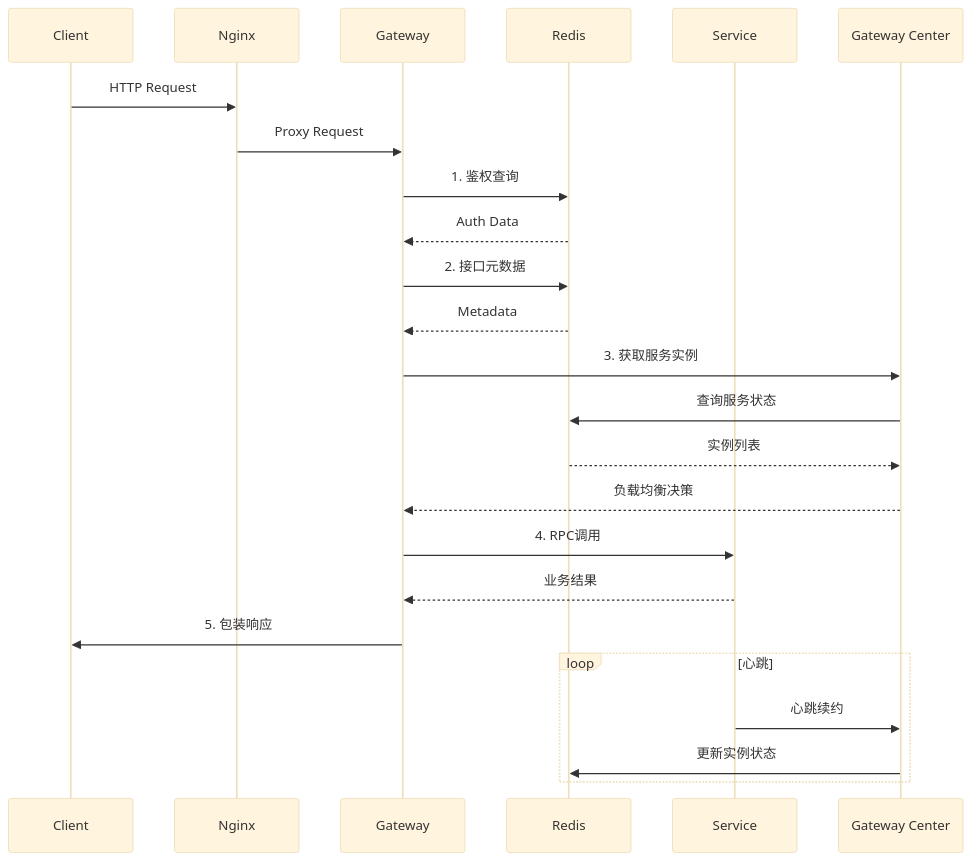
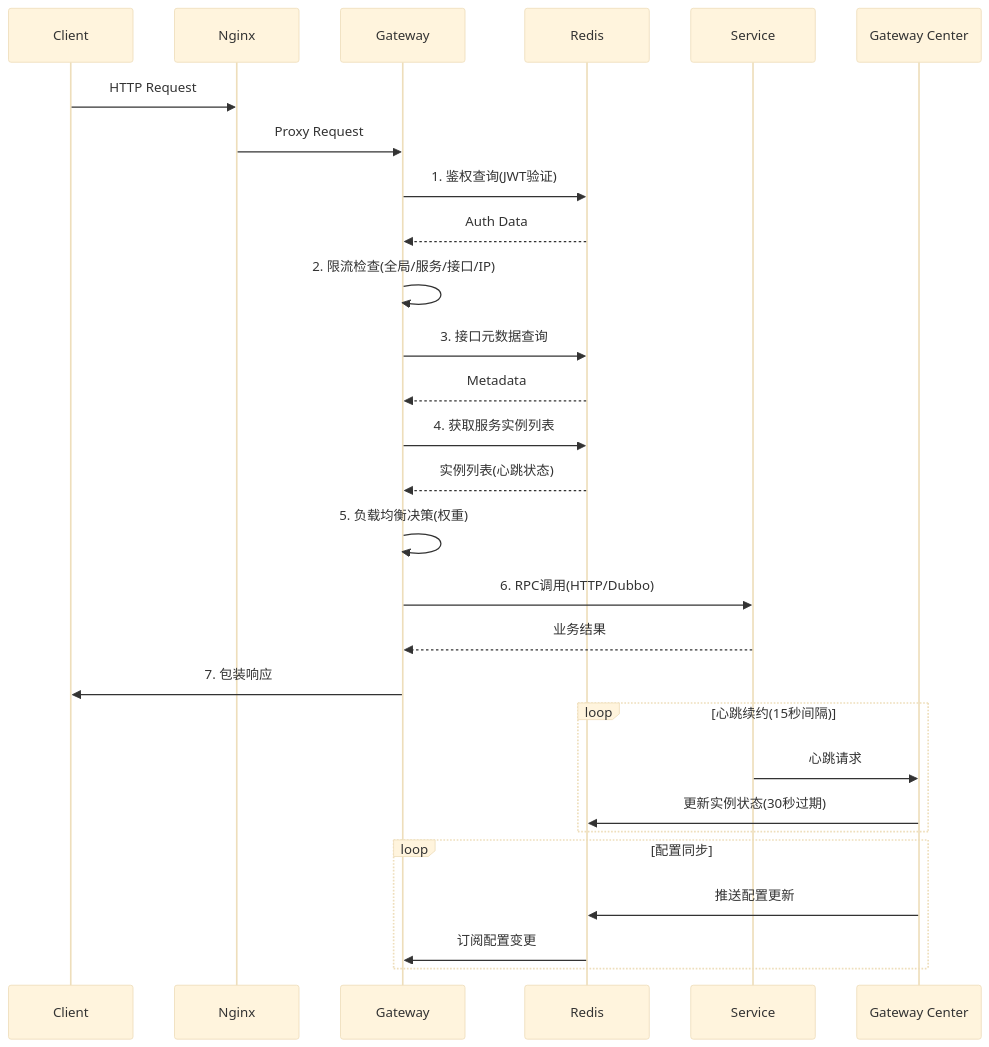
The diagram in docs/核心架构图/核心架构.md (1973034392/api-gateway-codelong), drawn with Mermaid (base theme) before and after one commit. The commit also changed 12 other files, not shown here.

````diff
--- a/docs/核心架构图/核心架构.md
+++ b/docs/核心架构图/核心架构.md
@@ -1,27 +1,31 @@
 ```mermaid
 sequenceDiagram
 participant C as Client
 participant N as Nginx
 participant G as Gateway
 participant R as Redis
 participant S as Service
 participant GC as Gateway Center
 
 C->>N: HTTP Request
 N->>G: Proxy Request
-G->>R: 1. 鉴权查询
+G->>R: 1. 鉴权查询(JWT验证)
 R-->>G: Auth Data
-G->>R: 2. 接口元数据
+G->>G: 2. 限流检查(全局/服务/接口/IP)
+G->>R: 3. 接口元数据查询
 R-->>G: Metadata
-G->>GC: 3. 获取服务实例
-GC->>R: 查询服务状态
-R-->>GC: 实例列表
-GC-->>G: 负载均衡决策
-G->>S: 4. RPC调用
+G->>R: 4. 获取服务实例列表
+R-->>G: 实例列表(心跳状态)
+G->>G: 5. 负载均衡决策(权重)
+G->>S: 6. RPC调用(HTTP/Dubbo)
 S-->>G: 业务结果
-G->>C: 5. 包装响应
-loop 心跳
-S->>GC: 心跳续约
-GC->>R: 更新实例状态
+G->>C: 7. 包装响应
+loop 心跳续约(15秒间隔)
+S->>GC: 心跳请求
+GC->>R: 更新实例状态(30秒过期)
+end
+loop 配置同步
+GC->>R: 推送配置更新
+R->>G: 订阅配置变更
 end
 ```
````
